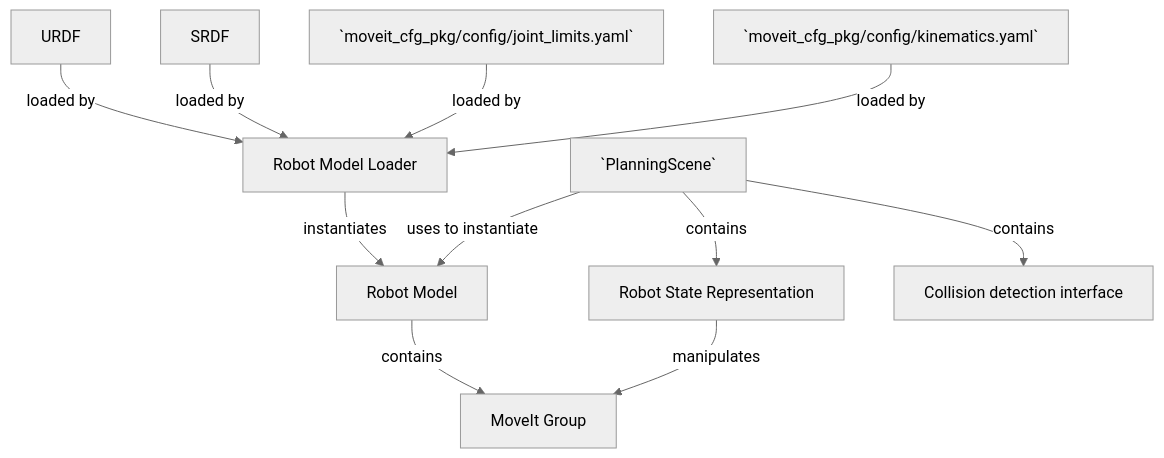
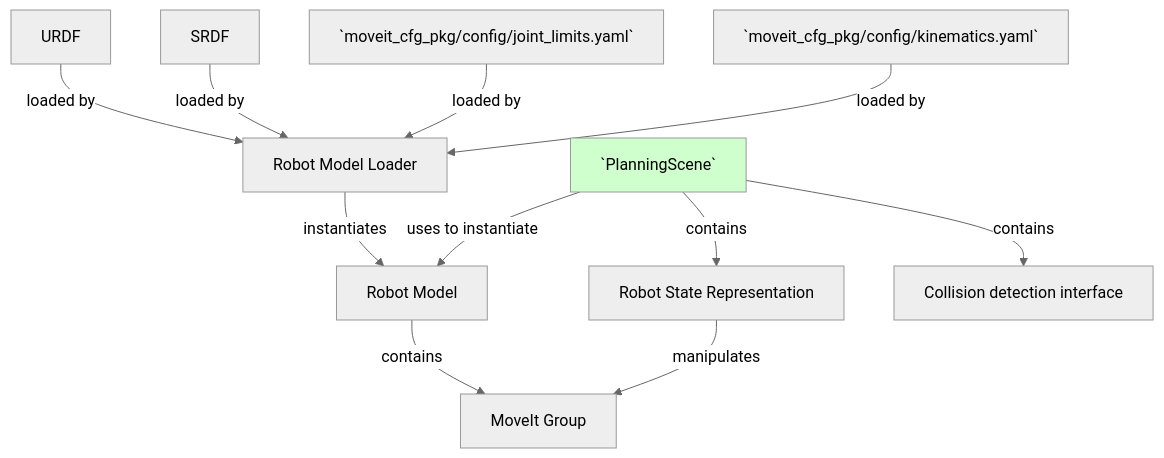
One commit to rafaelrojasmiliani/moveit_tutorial changed the diagram in 02_planning_scene/src/a_planning_scene_class/readme.md. Above: the diagram before and after it, drawn with Mermaid (neutral theme).

````diff
--- a/02_planning_scene/src/a_planning_scene_class/readme.md
+++ b/02_planning_scene/src/a_planning_scene_class/readme.md
@@ -26,13 +26,14 @@
 ```mermaid
 graph TD;
     URDF -- loaded by --> RML[Robot Model Loader];
     SRDF -- loaded by --> RML;
     J[`moveit_cfg_pkg/config/joint_limits.yaml`] -- loaded by --> RML;
     K[`moveit_cfg_pkg/config/kinematics.yaml`] -- loaded by --> RML;
     RML -- instantiates --> RM[Robot Model];
     RM -- contains --> MG[MoveIt Group];
     PS[`PlanningScene`] -- uses to instantiate --> RM;
     PS -- contains --> RS[Robot State Representation];
     PS -- contains --> CD[Collision detection interface];
     RS -- manipulates --> MG;
+    style PS fill:#CFFFCD;
 ```
````
